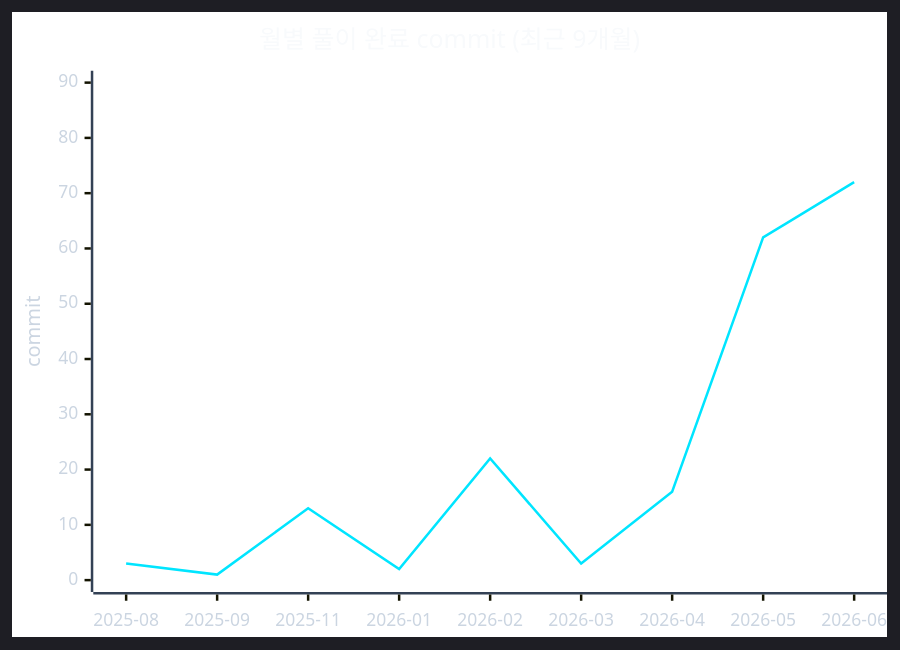
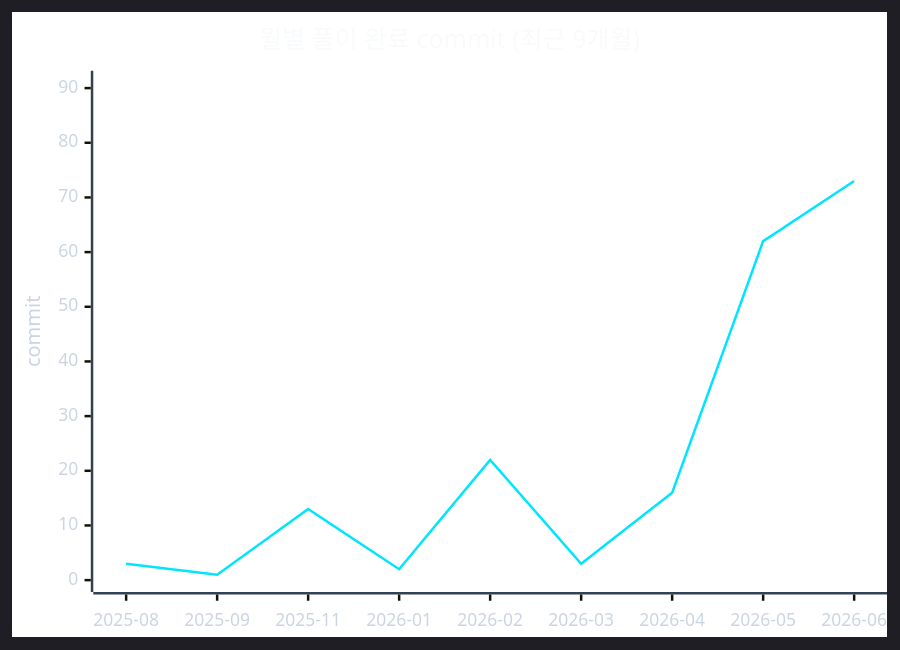
One commit to CHOOSLA/Algorithm changed the second of 2 diagrams in readme.md. Above: the diagram before and after it, drawn with Mermaid. The commit also changed other lines of this file and 2 other files, not shown here.

````diff
--- a/readme.md
+++ b/readme.md
@@ -71,22 +71,22 @@
 ```mermaid
 ---
 config:
   theme: dark
   themeVariables:
     background: '#0d1117'
     xyChart:
       titleColor: '#f8fafc'
       xAxisLabelColor: '#cbd5e1'
       xAxisTitleColor: '#cbd5e1'
       xAxisLineColor: '#334155'
       yAxisLabelColor: '#cbd5e1'
       yAxisTitleColor: '#cbd5e1'
       yAxisLineColor: '#334155'
       plotColorPalette: '#00e5ff'
 ---
 xychart-beta
   title "월별 풀이 완료 commit (최근 9개월)"
   x-axis ["2025-08", "2025-09", "2025-11", "2026-01", "2026-02", "2026-03", "2026-04", "2026-05", "2026-06"]
-  y-axis "commit" 0 --> 90
-  line [3, 1, 13, 2, 22, 3, 16, 62, 72]
+  y-axis "commit" 0 --> 91
+  line [3, 1, 13, 2, 22, 3, 16, 62, 73]
 ```
````
